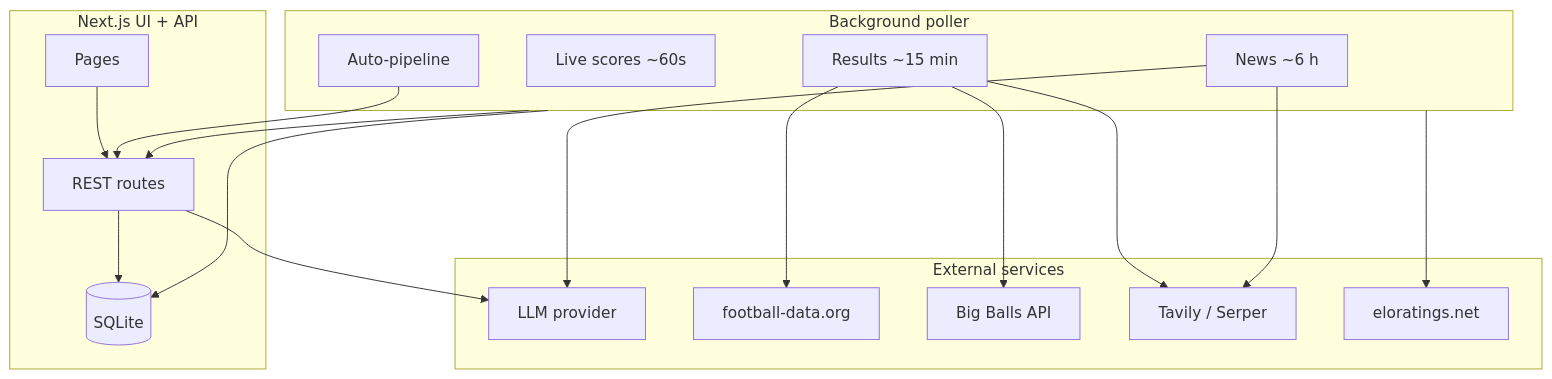
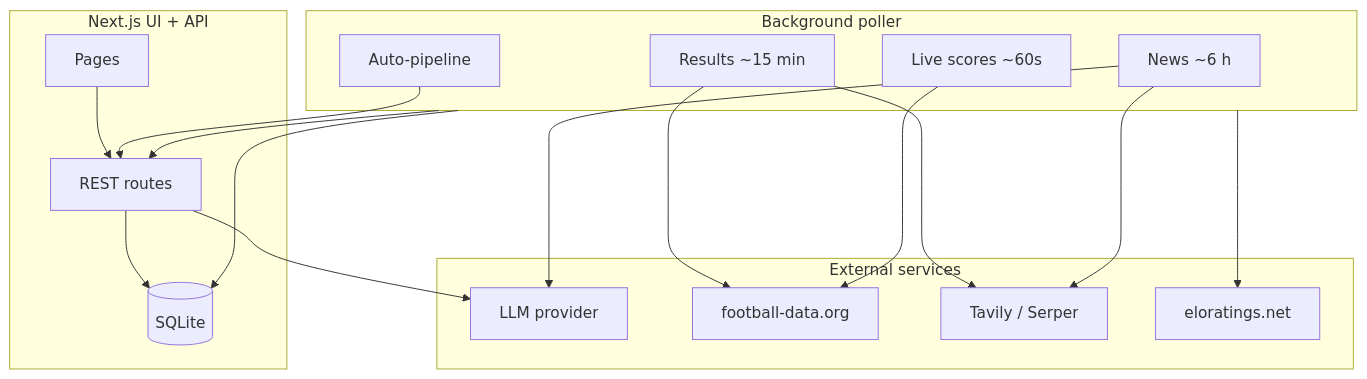
One commit to Axidify/world-cup-odds changed the first of 2 diagrams in docs/ARCHITECTURE.md. Above: the diagram before and after it, drawn with Mermaid. The commit also changed other lines of this file and 33 other files, not shown here.

First line of the commit message:
Replace Big Balls with football-data live scores and improve dashboard.

````diff
--- a/docs/ARCHITECTURE.md
+++ b/docs/ARCHITECTURE.md
@@ -19,36 +19,35 @@
 ```mermaid
 flowchart TB
   subgraph ui [Next.js UI + API]
     Pages[Pages]
     API[REST routes]
     DB[(SQLite)]
   end
 
   subgraph poller [Background poller]
     ResultsPoll[Results ~15 min]
     LivePoll[Live scores ~60s]
     NewsPoll[News ~6 h]
     Pipeline[Auto-pipeline]
   end
 
   subgraph external [External services]
     LLM[LLM provider]
     FD[football-data.org]
-    BB[Big Balls API]
     Search[Tavily / Serper]
     EloNet[eloratings.net]
   end
 
   Pages --> API
   API --> DB
   poller --> DB
   poller --> API
   ResultsPoll --> FD
-  ResultsPoll --> BB
+  LivePoll --> FD
   ResultsPoll --> Search
   NewsPoll --> Search
   NewsPoll --> LLM
   API --> LLM
   poller --> EloNet
   Pipeline --> API
 ```
````
